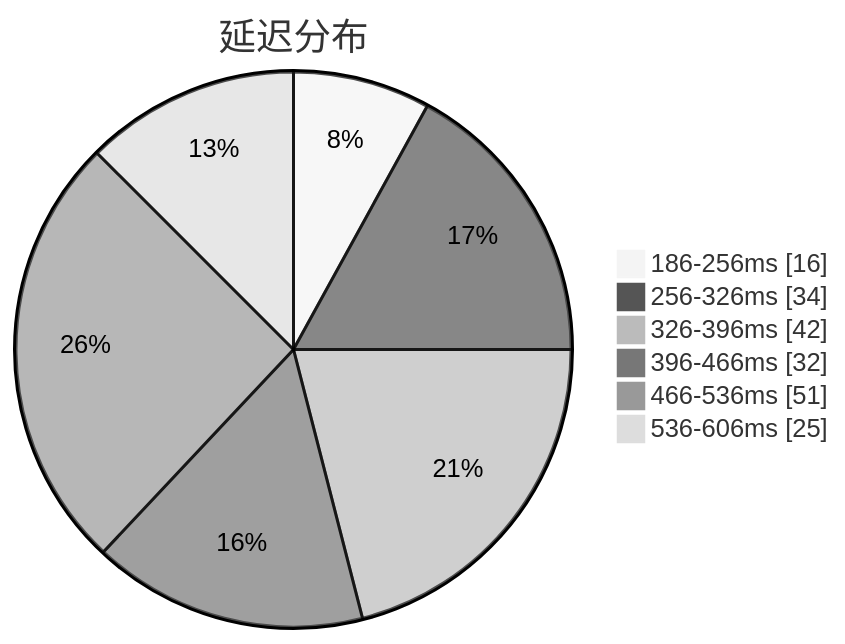
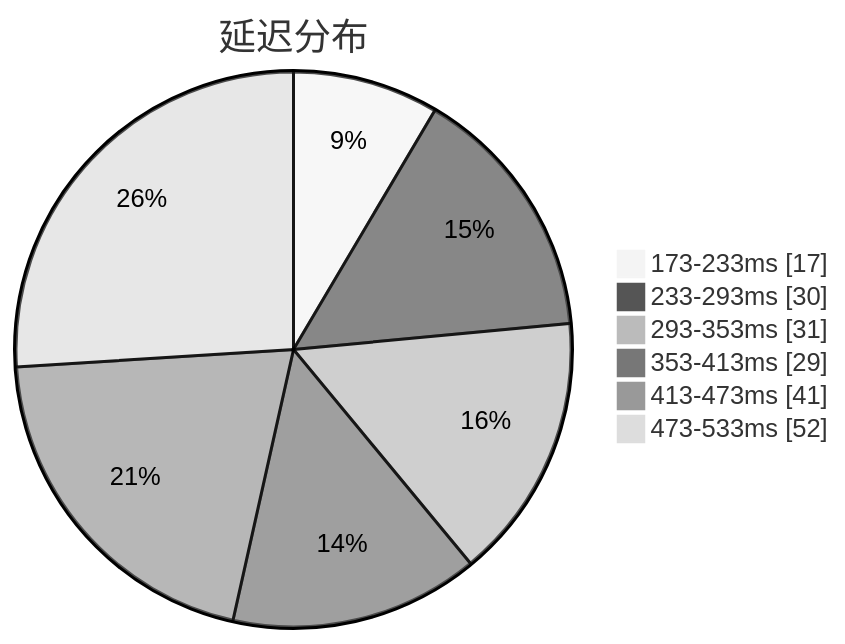
One commit to qjlxg/airport changed the first of 3 diagrams in subs/statistics/tested_within.md. Above: the diagram before and after it, drawn with Mermaid (neutral theme). The commit also changed other lines of this file and 2 other files, not shown here.

````diff
--- a/subs/statistics/tested_within.md
+++ b/subs/statistics/tested_within.md
@@ -2,10 +2,10 @@
 ```mermaid
 pie showData
 title 延迟分布
-"186-256ms" : 16
-"256-326ms" : 34
-"326-396ms" : 42
-"396-466ms" : 32
-"466-536ms" : 51
-"536-606ms" : 25
+"173-233ms" : 17
+"233-293ms" : 30
+"293-353ms" : 31
+"353-413ms" : 29
+"413-473ms" : 41
+"473-533ms" : 52
 ```
````
